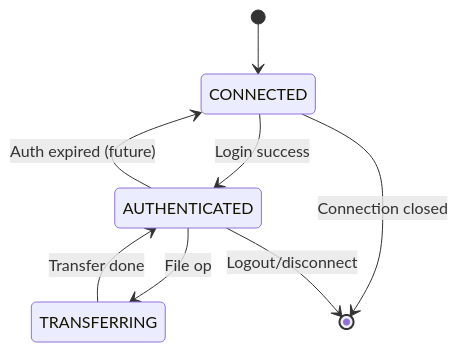
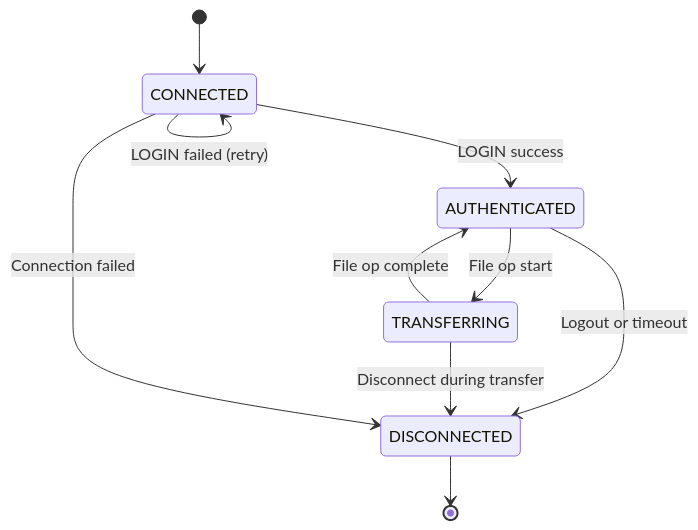
One commit to luanquangminh/NetworkDemo changed the ninth of 10 diagrams in PROJECT_REPORT.md. Above: the diagram before and after it, drawn with Mermaid. The commit also changed other lines of this file and 37 other files, not shown here.

````diff
--- a/PROJECT_REPORT.md
+++ b/PROJECT_REPORT.md
@@ -456,10 +570,16 @@
 ```mermaid
 stateDiagram-v2
     [*] --> CONNECTED
-    CONNECTED --> AUTHENTICATED: Login success
-    CONNECTED --> [*]: Connection closed
-    AUTHENTICATED --> TRANSFERRING: File op
-    TRANSFERRING --> AUTHENTICATED: Transfer done
-    AUTHENTICATED --> [*]: Logout/disconnect
-    AUTHENTICATED --> CONNECTED: Auth expired (future)
+
+    CONNECTED --> AUTHENTICATED: LOGIN success
+    CONNECTED --> CONNECTED: LOGIN failed (retry)
+
+    AUTHENTICATED --> TRANSFERRING: File op start
+    TRANSFERRING --> AUTHENTICATED: File op complete
+
+    AUTHENTICATED --> DISCONNECTED: Logout or timeout
+    TRANSFERRING --> DISCONNECTED: Disconnect during transfer
+    CONNECTED --> DISCONNECTED: Connection failed
+
+    DISCONNECTED --> [*]
 ```
````
